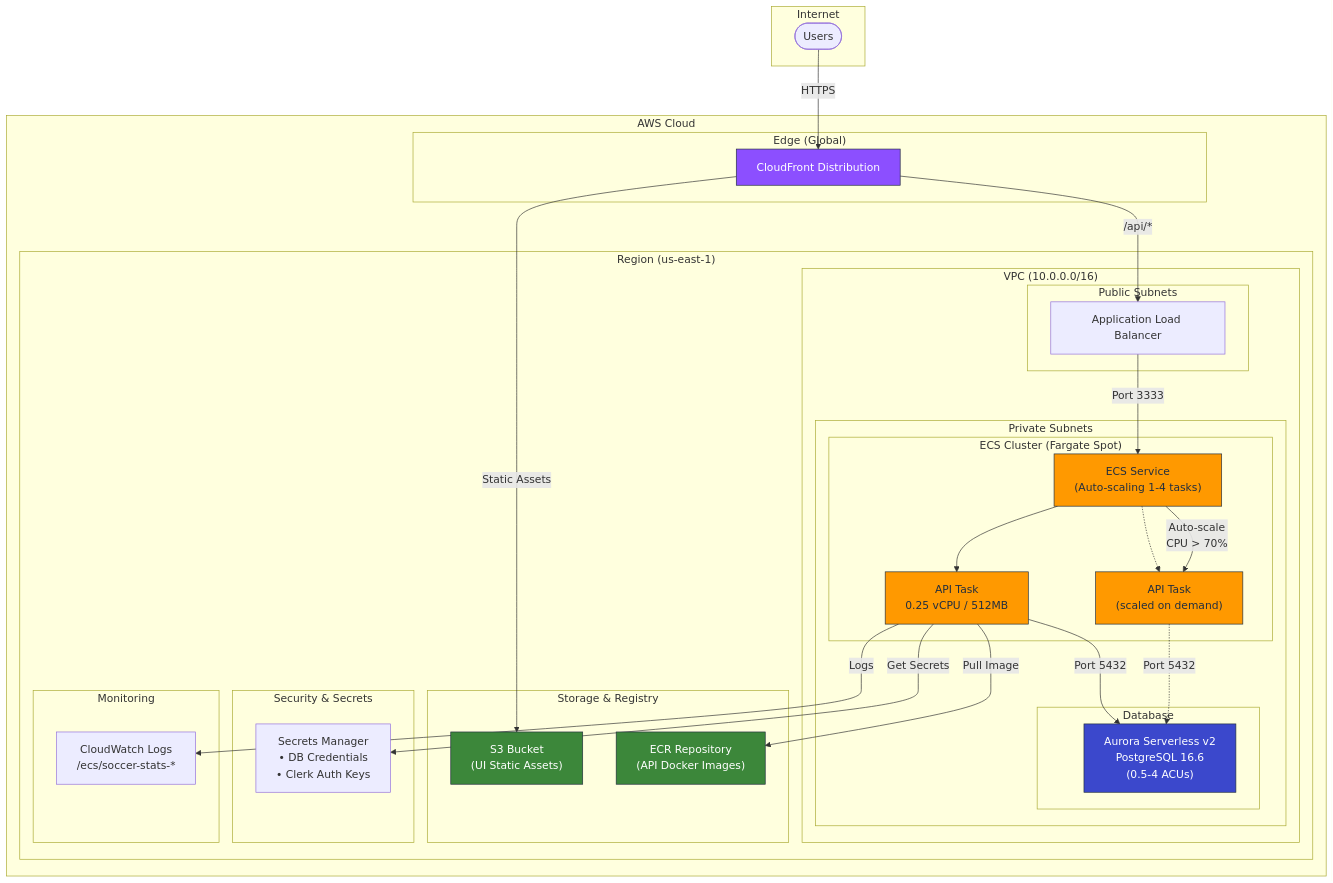
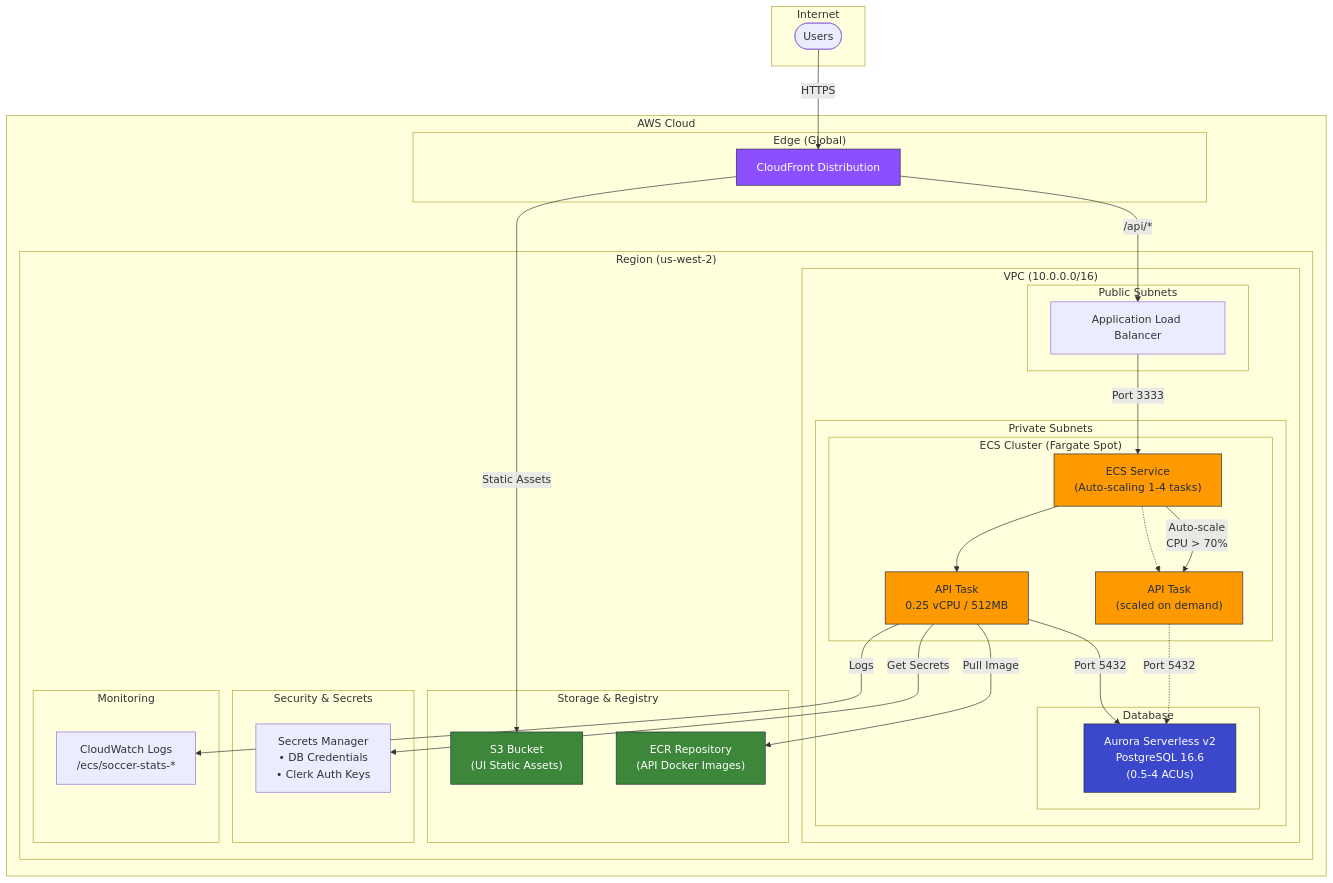
One commit to JoA-MoS/garage changed the diagram in apps/soccer-stats/docs/aws-architecture.md. Above: the diagram before and after it, drawn with Mermaid. The commit also changed 3 other files, not shown here.

````diff
--- a/apps/soccer-stats/docs/aws-architecture.md
+++ b/apps/soccer-stats/docs/aws-architecture.md
@@ -9,72 +9,72 @@
 ```mermaid
 flowchart TB
     subgraph Internet
         Users([Users])
     end
 
     subgraph AWS Cloud
         subgraph Edge["Edge (Global)"]
             CF[CloudFront Distribution]
         end
 
-        subgraph Region["Region (us-east-1)"]
+        subgraph Region["Region (us-west-2)"]
             subgraph VPC["VPC (10.0.0.0/16)"]
                 subgraph PublicSubnets["Public Subnets"]
                     ALB[Application Load Balancer]
                 end
 
                 subgraph PrivateSubnets["Private Subnets"]
                     subgraph ECS["ECS Cluster (Fargate Spot)"]
                         Service["ECS Service<br/>(Auto-scaling 1-4 tasks)"]
                         Task1["API Task<br/>0.25 vCPU / 512MB"]
                         Task2["API Task<br/>(scaled on demand)"]
                     end
 
                     subgraph Database["Database"]
                         Aurora["Aurora Serverless v2<br/>PostgreSQL 16.6<br/>(0.5-4 ACUs)"]
                     end
                 end
             end
 
             subgraph Storage["Storage & Registry"]
                 S3["S3 Bucket<br/>(UI Static Assets)"]
                 ECR["ECR Repository<br/>(API Docker Images)"]
             end
 
             subgraph Security["Security & Secrets"]
                 SM["Secrets Manager<br/>• DB Credentials<br/>• Clerk Auth Keys"]
             end
 
             subgraph Monitoring["Monitoring"]
                 CW["CloudWatch Logs<br/>/ecs/soccer-stats-*"]
             end
         end
     end
 
     %% Traffic Flow
     Users -->|HTTPS| CF
     CF -->|/api/*| ALB
     CF -->|Static Assets| S3
     ALB -->|Port 3333| Service
     Service --> Task1
     Service -.-> Task2
     Task1 -->|Port 5432| Aurora
     Task2 -.->|Port 5432| Aurora
 
     %% Supporting Services
     Task1 -->|Pull Image| ECR
     Task1 -->|Get Secrets| SM
     Task1 -->|Logs| CW
     Service -->|Auto-scale<br/>CPU > 70%| Task2
 
     %% Styling
     classDef spot fill:#ff9900,stroke:#232f3e,color:#232f3e
     classDef serverless fill:#3b48cc,stroke:#232f3e,color:#fff
     classDef storage fill:#3c873a,stroke:#232f3e,color:#fff
     classDef edge fill:#8c4fff,stroke:#232f3e,color:#fff
 
     class Task1,Task2,Service spot
     class Aurora serverless
     class S3,ECR storage
     class CF edge
 ```
````
